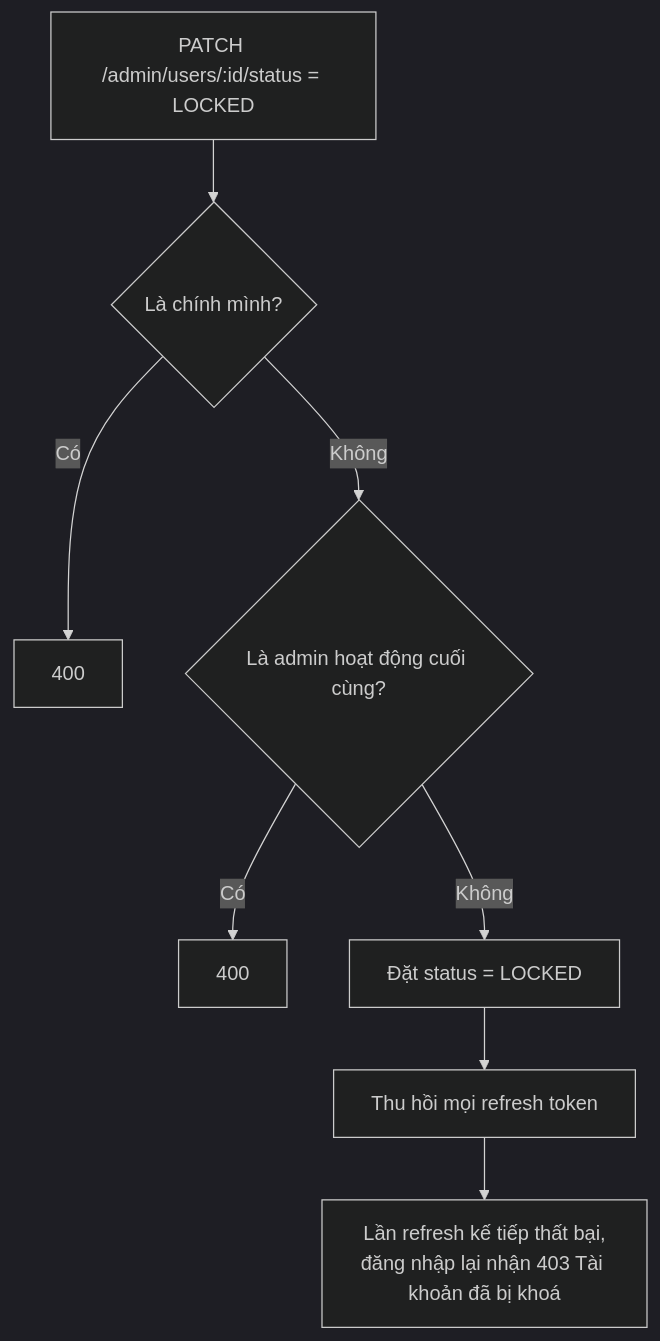
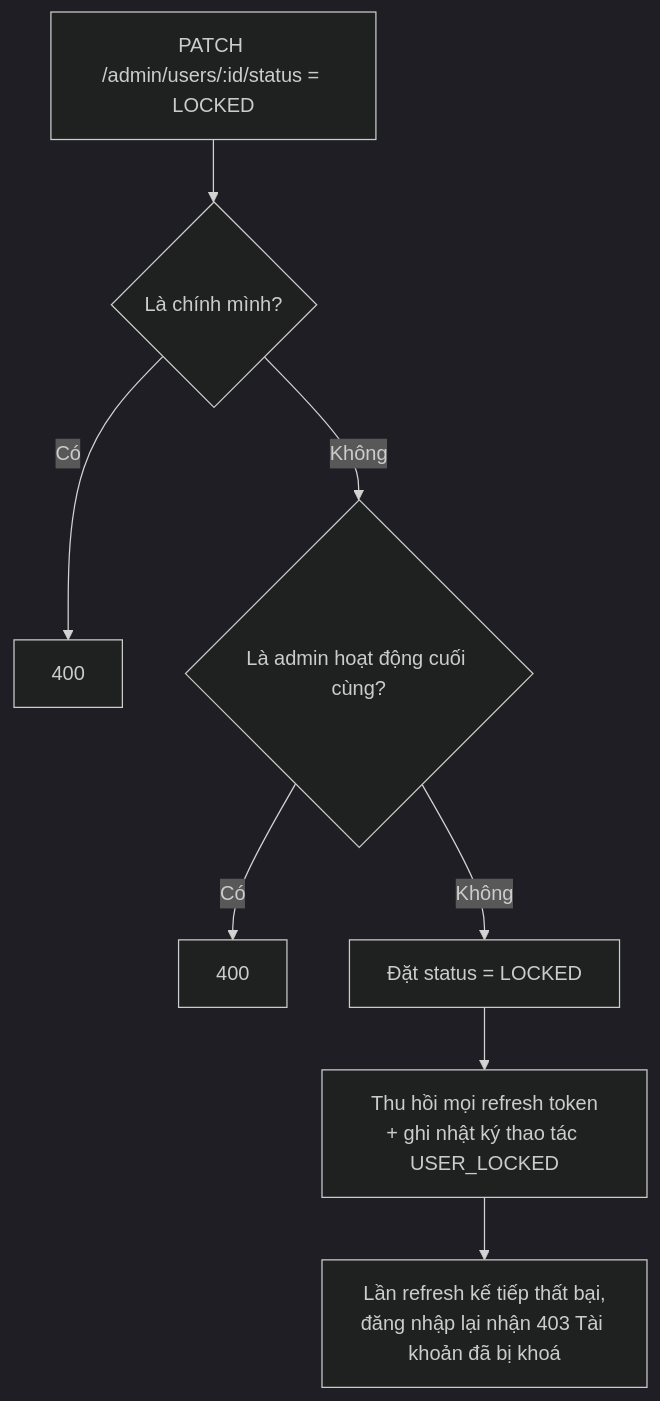
Diagram 22 of 22 in docs/chuc-nang-va-luong-nghiep-vu.md (brannthichmeo-create/enghabit), drawn with Mermaid (dark theme) before and after one commit. The commit also changed other lines of this file and 19 other files, not shown here.

First line of the commit message:
Taillieu_Docs-LogicNghiepVu+Docs-PhanTich_CapNhatTheoCode_Thêm tài liệu logic nghiệp vụ từng module và cập nhật theo mục tiêu, thói quen, đăng nhập, nhật ký thao tác

````diff
--- a/docs/chuc-nang-va-luong-nghiep-vu.md
+++ b/docs/chuc-nang-va-luong-nghiep-vu.md
@@ -1006,10 +1110,10 @@
 ```mermaid
 flowchart TD
     A["PATCH /admin/users/:id/status = LOCKED"] --> S{"Là chính mình?"}
     S -- "Có" --> E1["400"]
     S -- "Không" --> L{"Là admin hoạt động cuối cùng?"}
     L -- "Có" --> E2["400"]
     L -- "Không" --> U["Đặt status = LOCKED"]
-    U --> R["Thu hồi mọi refresh token"]
+    U --> R["Thu hồi mọi refresh token<br/>+ ghi nhật ký thao tác USER_LOCKED"]
     R --> X["Lần refresh kế tiếp thất bại,<br/>đăng nhập lại nhận 403 Tài khoản đã bị khoá"]
 ```
````
